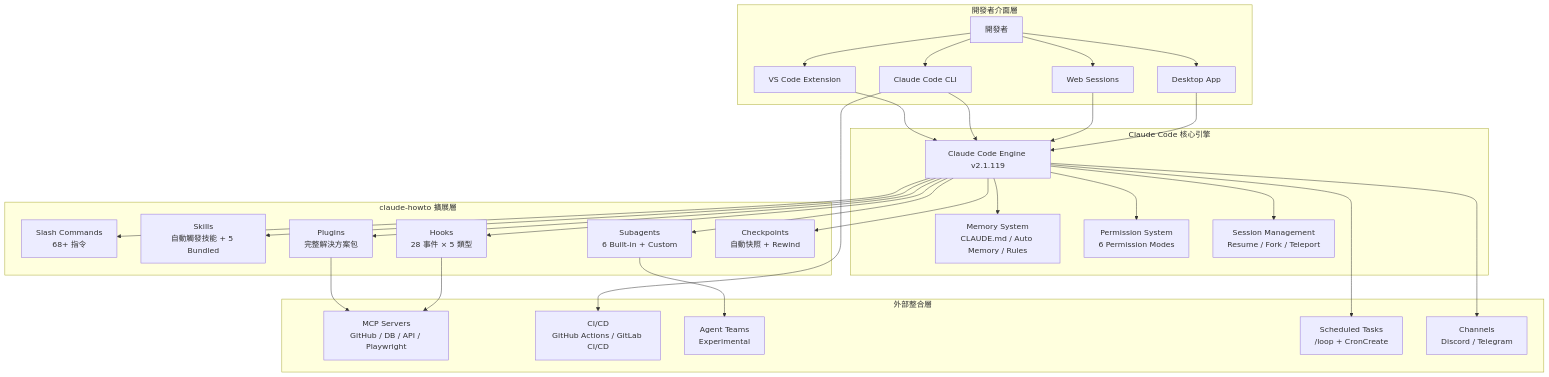
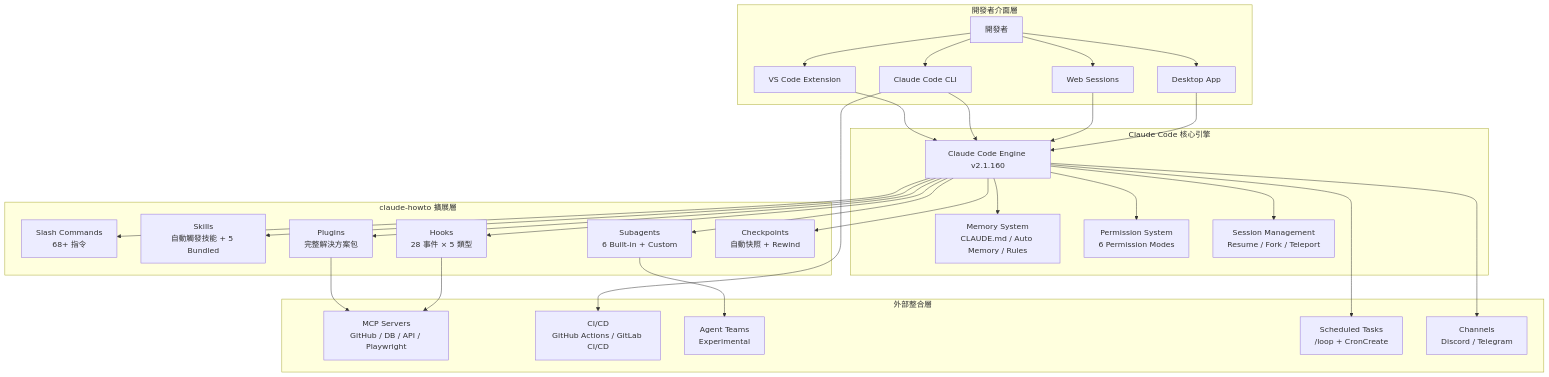
One commit to chihhung/Blog changed the first of 13 diagrams in content/posts/教學/AI開發/claude-howto 教學手冊.md. Above: the diagram before and after it, drawn with Mermaid. The commit also changed other lines of this file and 8 other files, not shown here.

````diff
--- a/content/posts/教學/AI開發/claude-howto 教學手冊.md
+++ b/content/posts/教學/AI開發/claude-howto 教學手冊.md
@@ -115,58 +171,58 @@
 ```mermaid
 graph TB
     subgraph "開發者介面層"
         DEV[開發者]
         VSCODE[VS Code Extension]
         CLI[Claude Code CLI]
         WEB[Web Sessions]
         DESKTOP[Desktop App]
     end
 
     subgraph "Claude Code 核心引擎"
-        ENGINE[Claude Code Engine v2.1.119]
+        ENGINE[Claude Code Engine v2.1.160]
         MEMORY[Memory System<br/>CLAUDE.md / Auto Memory / Rules]
         PERMS[Permission System<br/>6 Permission Modes]
         SESSION[Session Management<br/>Resume / Fork / Teleport]
     end
 
     subgraph "claude-howto 擴展層"
         CMD[Slash Commands<br/>68+ 指令]
         SKILLS[Skills<br/>自動觸發技能 + 5 Bundled]
         AGENTS[Subagents<br/>6 Built-in + Custom]
         HOOKS[Hooks<br/>28 事件 × 5 類型]
         PLUGINS[Plugins<br/>完整解決方案包]
         CHECKPOINTS[Checkpoints<br/>自動快照 + Rewind]
     end
 
     subgraph "外部整合層"
         MCP[MCP Servers<br/>GitHub / DB / API / Playwright]
         CICD[CI/CD<br/>GitHub Actions / GitLab CI/CD]
         TEAMS[Agent Teams<br/>Experimental]
         SCHEDULE[Scheduled Tasks<br/>/loop + CronCreate]
         CHANNEL[Channels<br/>Discord / Telegram]
     end
 
     DEV --> VSCODE
     DEV --> CLI
     DEV --> WEB
     DEV --> DESKTOP
     VSCODE --> ENGINE
     CLI --> ENGINE
     WEB --> ENGINE
     DESKTOP --> ENGINE
     ENGINE --> MEMORY
     ENGINE --> PERMS
     ENGINE --> SESSION
     ENGINE --> CMD
     ENGINE --> SKILLS
     ENGINE --> AGENTS
     ENGINE --> HOOKS
     ENGINE --> PLUGINS
     ENGINE --> CHECKPOINTS
     PLUGINS --> MCP
     HOOKS --> MCP
     CLI --> CICD
     AGENTS --> TEAMS
     ENGINE --> SCHEDULE
     ENGINE --> CHANNEL
 ```
````
